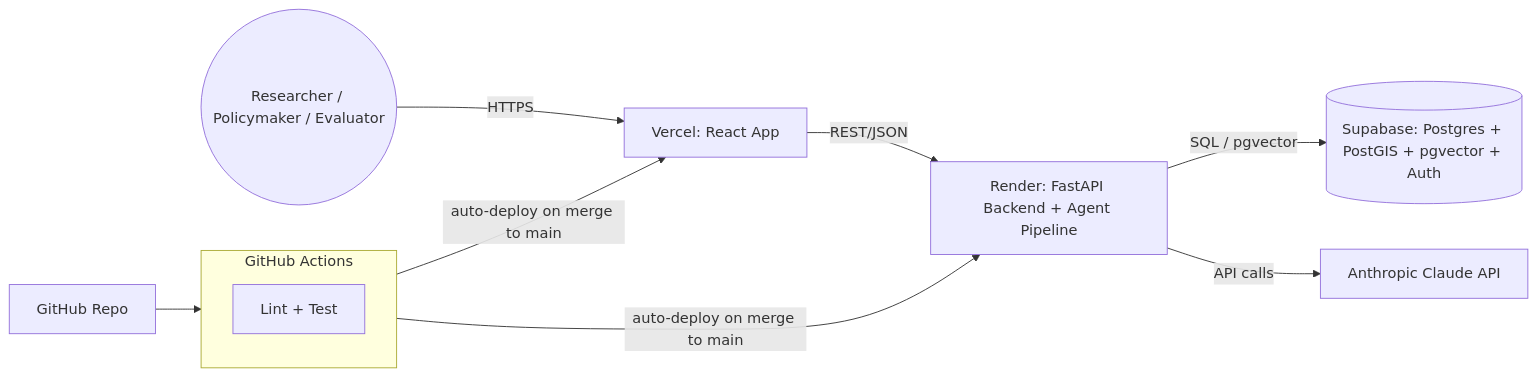
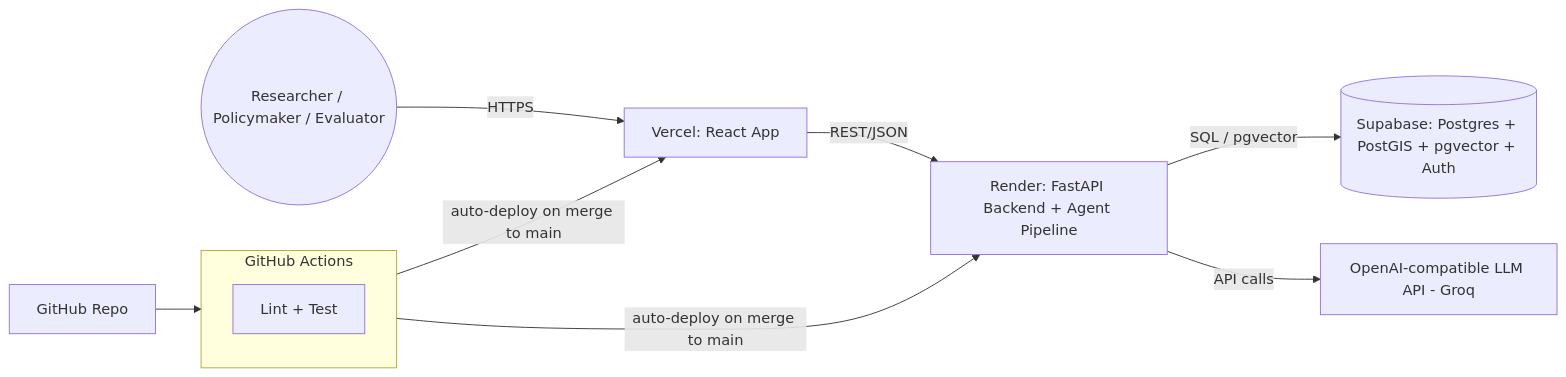
The second of 2 diagrams in docs/architecture.md (siddh-sh/OASIS), drawn with Mermaid before and after one commit. The commit also changed other lines of this file and 26 other files, not shown here.

````diff
--- a/docs/architecture.md
+++ b/docs/architecture.md
@@ -93,13 +93,13 @@
 ```mermaid
 flowchart LR
     User((Researcher / Policymaker / Evaluator)) -->|HTTPS| Vercel[Vercel: React App]
     Vercel -->|REST/JSON| Render[Render: FastAPI Backend + Agent Pipeline]
     Render -->|SQL / pgvector| Supabase[(Supabase: Postgres + PostGIS + pgvector + Auth)]
-    Render -->|API calls| Claude[Anthropic Claude API]
+    Render -->|API calls| LLMAPI[OpenAI-compatible LLM API - Groq]
     subgraph CI["GitHub Actions"]
         Lint[Lint + Test]
     end
     GitHub[GitHub Repo] --> CI
     CI -->|auto-deploy on merge to main| Vercel
     CI -->|auto-deploy on merge to main| Render
 ```
````
